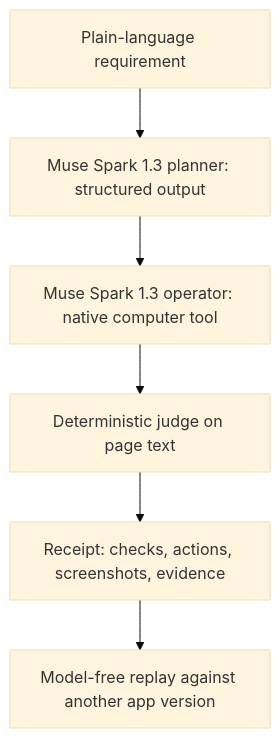
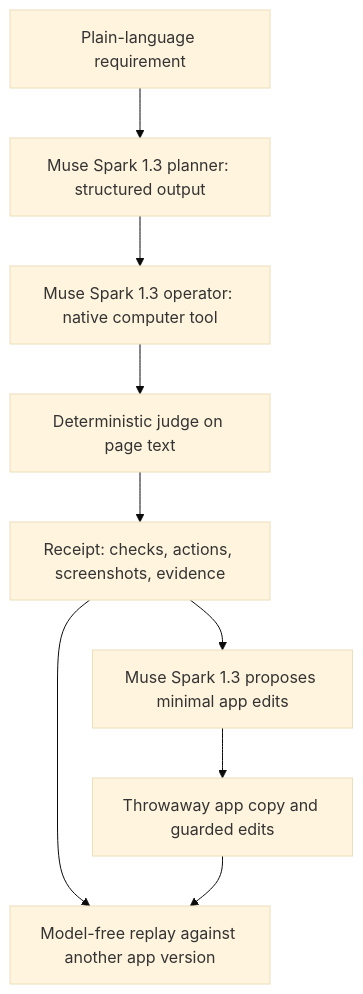
The diagram in README.md (Driedsandwich/plainproof), drawn with Mermaid (base theme) before and after one commit. The commit also changed other lines of this file and 11 other files, not shown here.

First line of the commit message:
Add repair loop: Muse Spark 1.3 proposes a fix, replay on a copy decides

````diff
--- a/README.md
+++ b/README.md
@@ -7,8 +7,11 @@
 ```mermaid
 flowchart TD
     A[Plain-language requirement] --> B[Muse Spark 1.3 planner: structured output]
     B --> C[Muse Spark 1.3 operator: native computer tool]
     C --> D[Deterministic judge on page text]
     D --> E[Receipt: checks, actions, screenshots, evidence]
     E --> F[Model-free replay against another app version]
+    E --> G[Muse Spark 1.3 proposes minimal app edits]
+    G --> H[Throwaway app copy and guarded edits]
+    H --> F
 ```
````
